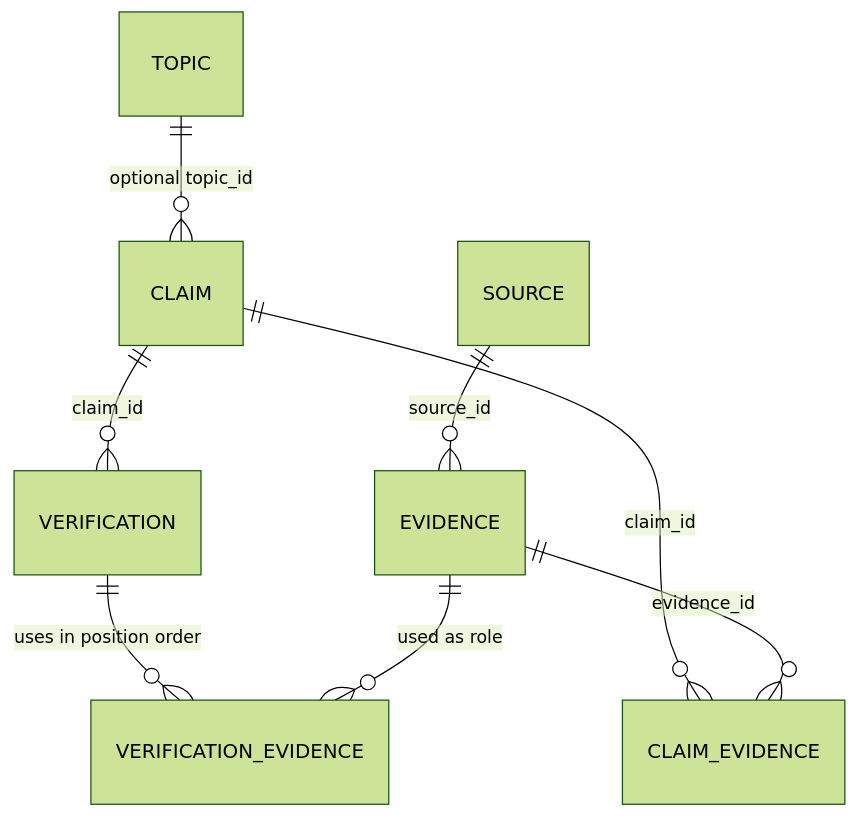
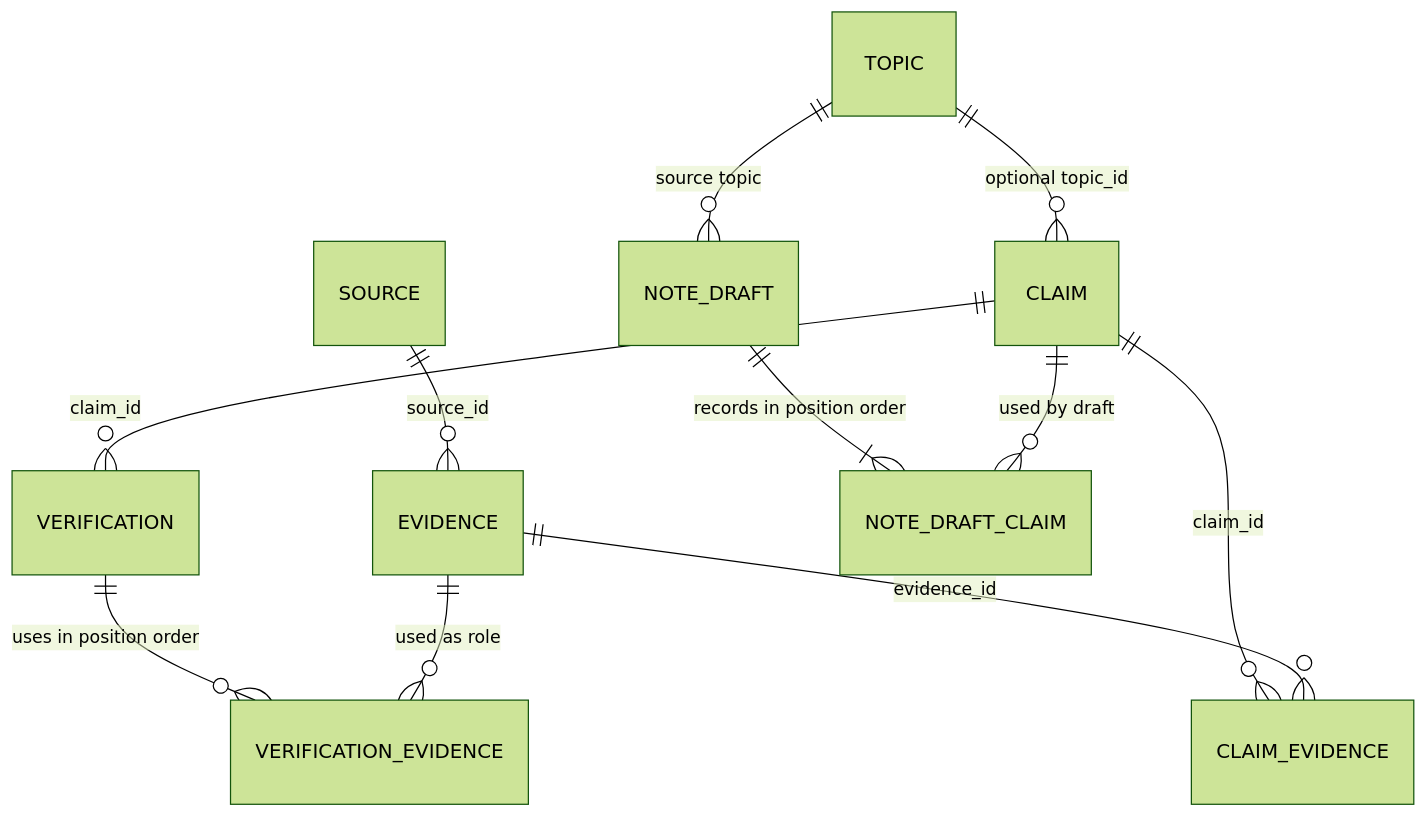
Before and after one commit to Dyuti60/assam-exam-ai: the second of 3 diagrams in docs/architecture.md, drawn with Mermaid (forest theme). The commit also changed other lines of this file and 12 other files, not shown here.

````diff
--- a/docs/architecture.md
+++ b/docs/architecture.md
@@ -52,10 +52,13 @@
 ```mermaid
 erDiagram
     TOPIC ||--o{ CLAIM : "optional topic_id"
     SOURCE ||--o{ EVIDENCE : "source_id"
     CLAIM ||--o{ VERIFICATION : "claim_id"
     CLAIM ||--o{ CLAIM_EVIDENCE : "claim_id"
     EVIDENCE ||--o{ CLAIM_EVIDENCE : "evidence_id"
     VERIFICATION ||--o{ VERIFICATION_EVIDENCE : "uses in position order"
     EVIDENCE ||--o{ VERIFICATION_EVIDENCE : "used as role"
+    TOPIC ||--o{ NOTE_DRAFT : "source topic"
+    NOTE_DRAFT ||--|{ NOTE_DRAFT_CLAIM : "records in position order"
+    CLAIM ||--o{ NOTE_DRAFT_CLAIM : "used by draft"
 ```
````
